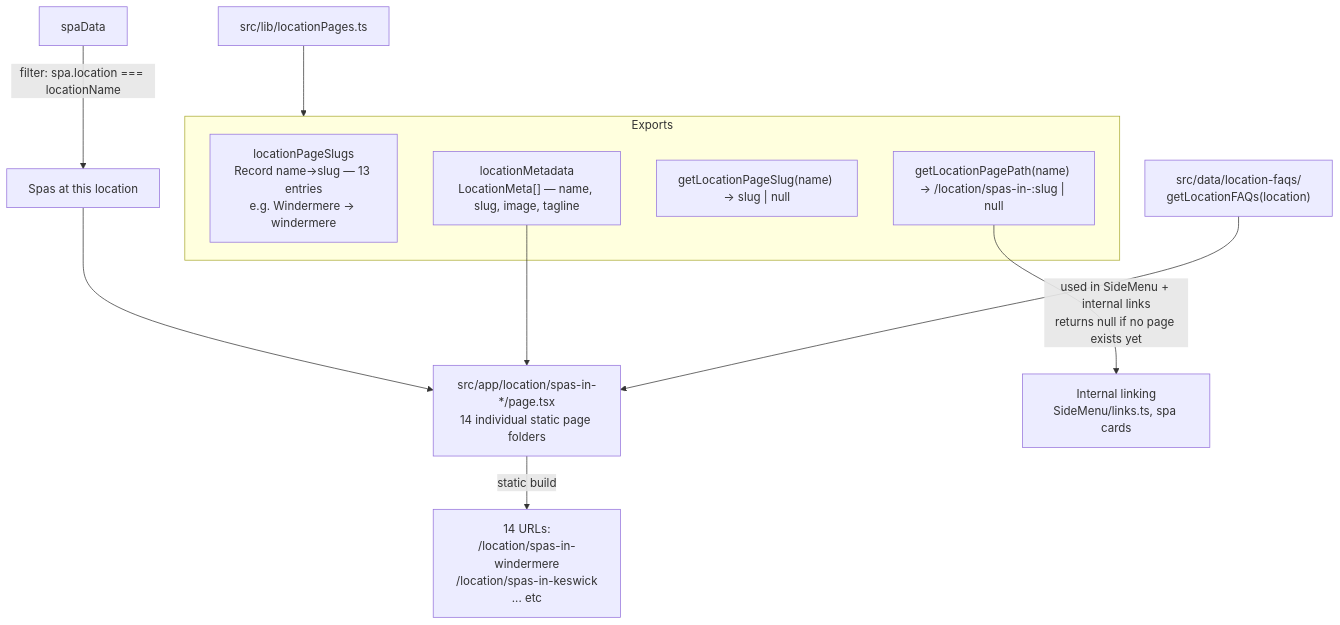
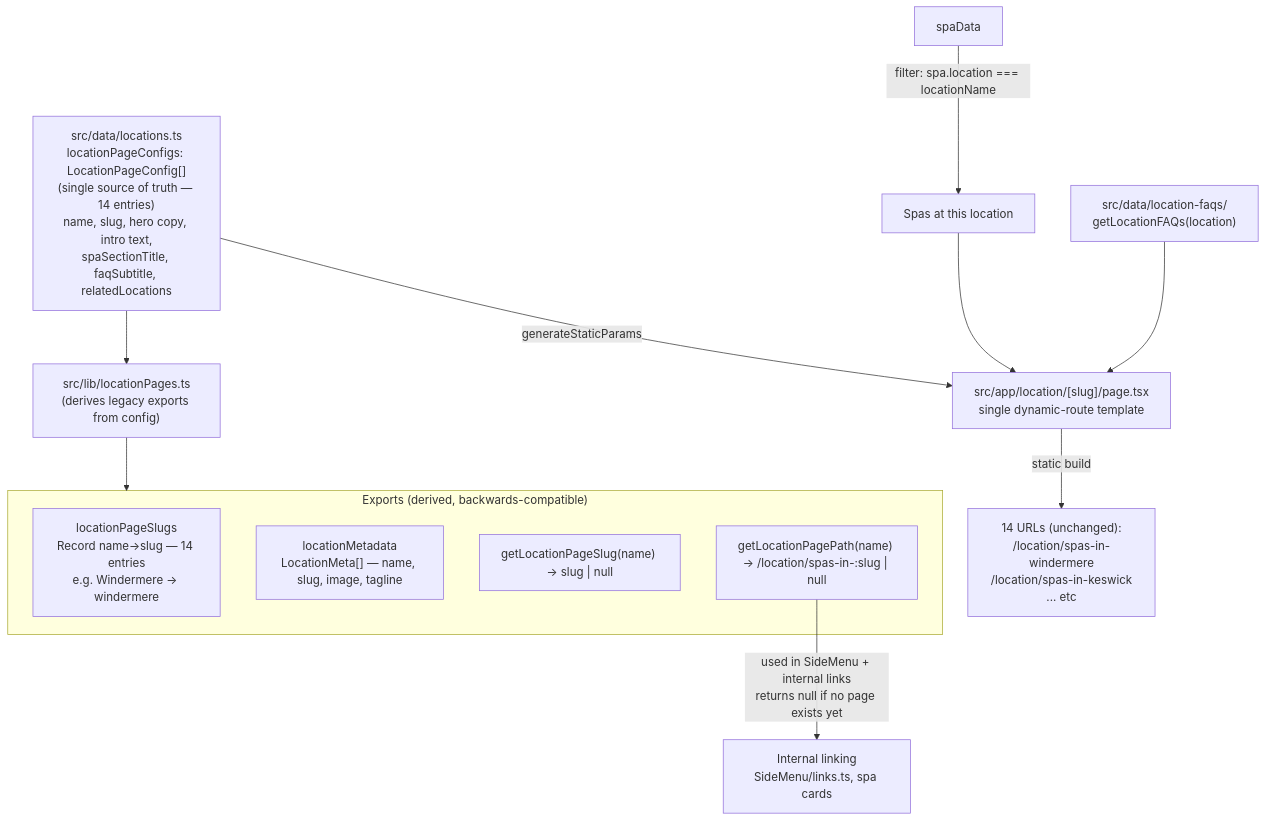
Before and after one commit to MattyGlen123/lake-district-spas: the diagram in .claude/diagrams/07-location-pages.md, drawn with Mermaid. The commit also changed other lines of this file and 19 other files, not shown here.

First line of the commit message:
Consolidate 14 location page folders into one dynamic route + data file

````diff
--- a/.claude/diagrams/07-location-pages.md
+++ b/.claude/diagrams/07-location-pages.md
@@ -3,23 +3,25 @@
 ```mermaid
 flowchart TD
-    locationLib["src/lib/locationPages.ts"]
+    configData["src/data/locations.ts\nlocationPageConfigs: LocationPageConfig[]\n(single source of truth — 14 entries)\nname, slug, hero copy, intro text,\nspaSectionTitle, faqSubtitle, relatedLocations"]
 
-    subgraph Exports["Exports"]
-        slugMap["locationPageSlugs\nRecord name→slug — 13 entries\ne.g. Windermere → windermere"]
+    locationLib["src/lib/locationPages.ts\n(derives legacy exports from config)"]
+
+    subgraph Exports["Exports (derived, backwards-compatible)"]
+        slugMap["locationPageSlugs\nRecord name→slug — 14 entries\ne.g. Windermere → windermere"]
         metadata["locationMetadata\nLocationMeta[] — name, slug, image, tagline"]
         getSlug["getLocationPageSlug(name) → slug | null"]
         getPath["getLocationPagePath(name) → /location/spas-in-:slug | null"]
     end
 
-    locationLib --> Exports
+    configData --> locationLib --> Exports
 
     spaData["spaData"] --> |"filter: spa.location === locationName"| localSpas["Spas at this location"]
 
-    localSpas --> LocationPage["src/app/location/spas-in-*/page.tsx\n14 individual static page folders"]
-    metadata --> LocationPage
+    configData --> |"generateStaticParams"| LocationPage["src/app/location/[slug]/page.tsx\nsingle dynamic-route template"]
+    localSpas --> LocationPage
     locationFaqs["src/data/location-faqs/\ngetLocationFAQs(location)"] --> LocationPage
 
-    LocationPage --> |"static build"| rendered["14 URLs:\n/location/spas-in-windermere\n/location/spas-in-keswick\n... etc"]
+    LocationPage --> |"static build"| rendered["14 URLs (unchanged):\n/location/spas-in-windermere\n/location/spas-in-keswick\n... etc"]
 
     getPath --> |"used in SideMenu + internal links\nreturns null if no page exists yet"| internalLinks["Internal linking\nSideMenu/links.ts, spa cards"]
 ```
````
